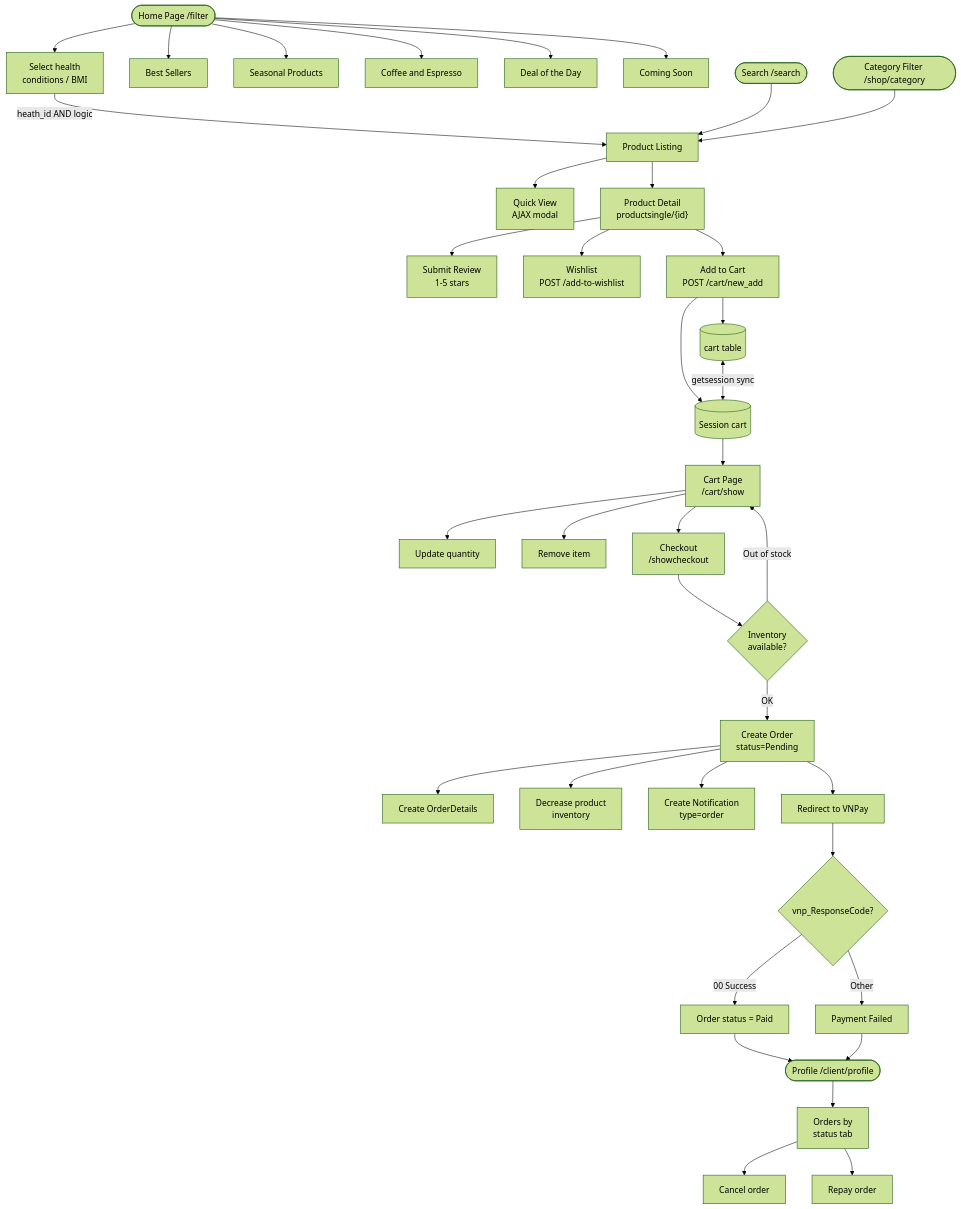
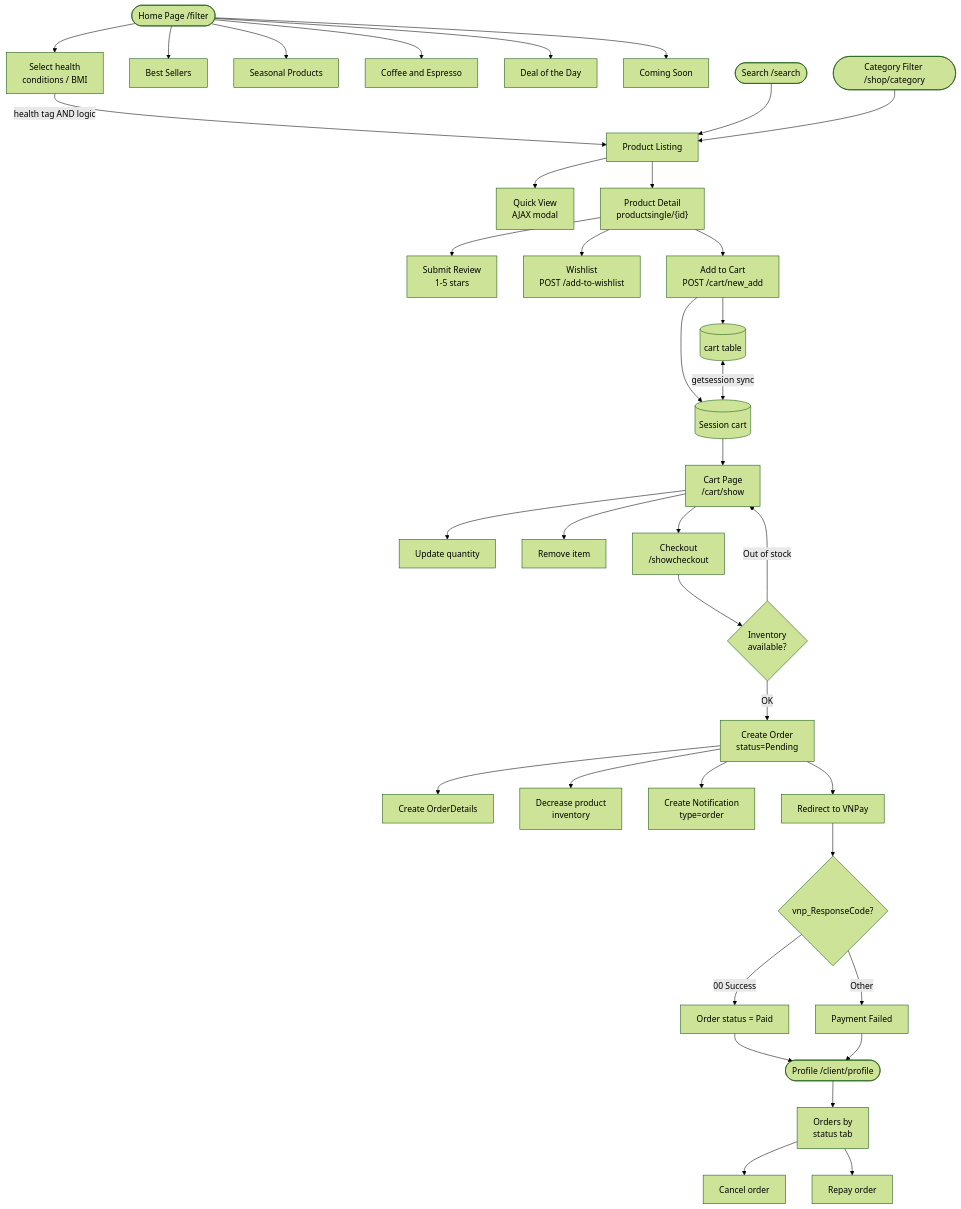
The second of 8 diagrams in README.md (canhle1993/Bakerz-showcase), drawn with Mermaid (forest theme) before and after one commit. The commit also changed other lines of this file, not shown here.

````diff
--- a/README.md
+++ b/README.md
@@ -119,48 +147,48 @@
 ```mermaid
 flowchart TD
     HOME([Home Page /filter]) --> HF["Select health\nconditions / BMI"]
     HOME --> BS["Best Sellers"]
     HOME --> SP["Seasonal Products"]
     HOME --> CP["Coffee and Espresso"]
     HOME --> DEAL["Deal of the Day"]
     HOME --> CS["Coming Soon"]
 
-    HF -->|"heath_id AND logic"| PRODUCTS
+    HF -->|"health tag AND logic"| PRODUCTS
 
     SEARCH(["Search /search"]) --> PRODUCTS
     CAT(["Category Filter /shop/category"]) --> PRODUCTS
 
     PRODUCTS["Product Listing"] --> QV["Quick View\nAJAX modal"]
     PRODUCTS --> PD["Product Detail\nproductsingle/{id}"]
 
     PD --> REVIEW["Submit Review\n1-5 stars"]
     PD --> WISH["Wishlist\nPOST /add-to-wishlist"]
     PD --> ADDCART["Add to Cart\nPOST /cart/new_add"]
 
     ADDCART --> CARTDB[("cart table")]
     ADDCART --> CARTSESSION[("Session cart")]
     CARTDB <-->|"getsession sync"| CARTSESSION
 
     CARTSESSION --> CARTPAGE["Cart Page\n/cart/show"]
     CARTPAGE --> UPDATEQTY["Update quantity"]
     CARTPAGE --> DELITEM["Remove item"]
     CARTPAGE --> CHECKOUT["Checkout\n/showcheckout"]
 
     CHECKOUT --> CHKINV{"Inventory\navailable?"}
     CHKINV -- "Out of stock" --> CARTPAGE
     CHKINV -- "OK" --> CREATEORDER["Create Order\nstatus=Pending"]
     CREATEORDER --> ORDERDETAILS["Create OrderDetails"]
     CREATEORDER --> INVENTORY["Decrease product\ninventory"]
     CREATEORDER --> NOTIF["Create Notification\ntype=order"]
     CREATEORDER --> VNP["Redirect to VNPay"]
 
     VNP --> VNPRETURN{"vnp_ResponseCode?"}
     VNPRETURN -- "00 Success" --> PAID["Order status = Paid"]
     VNPRETURN -- "Other" --> FAILED["Payment Failed"]
     PAID --> PROFILE
     FAILED --> PROFILE
 
     PROFILE([Profile /client/profile]) --> ORDERS["Orders by\nstatus tab"]
     ORDERS --> CANCELBTN["Cancel order"]
     ORDERS --> RECHECK["Repay order"]
 ```
````
